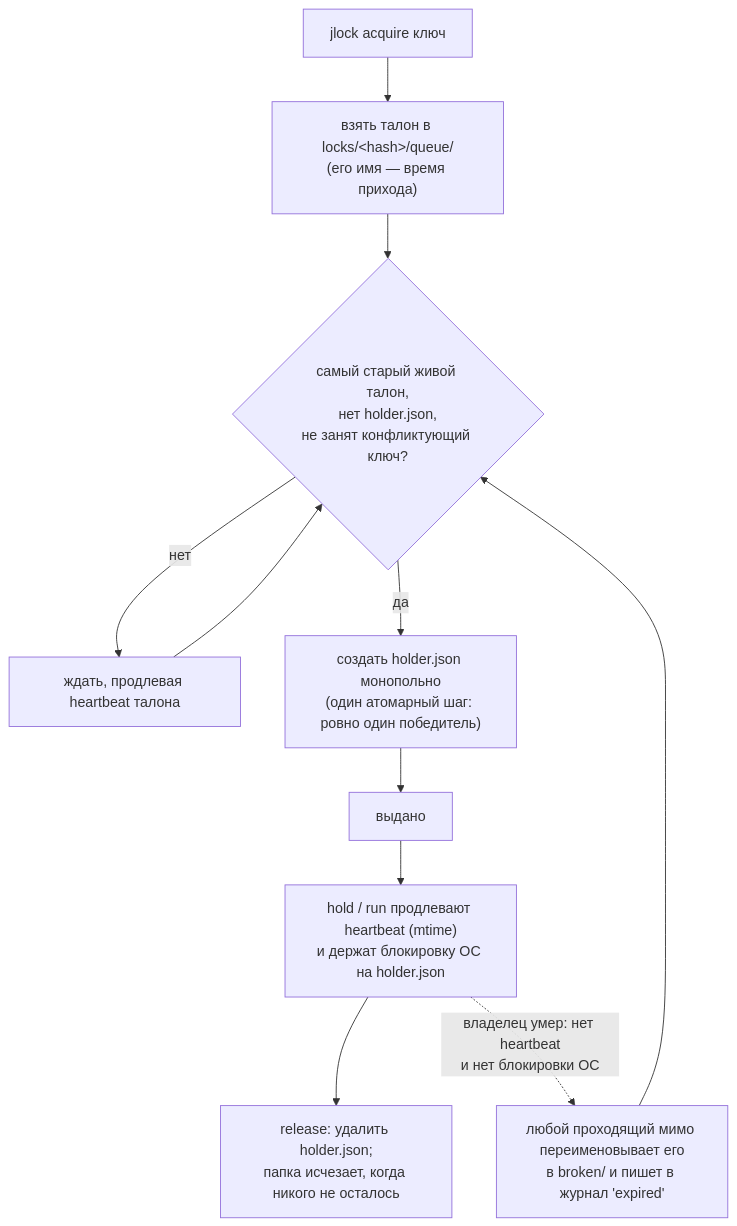
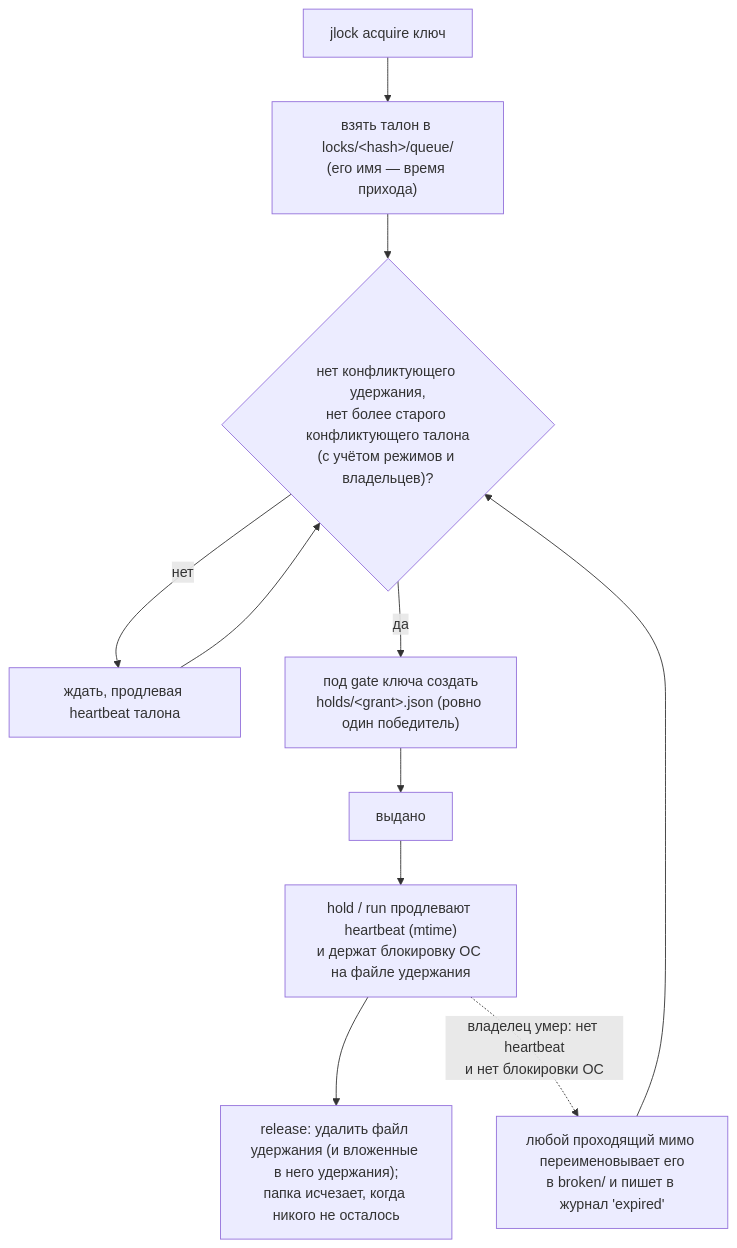
Before and after one commit to rodrigojager/jlock: the diagram in README.ru.md, drawn with Mermaid. The commit also changed other lines of this file and 10 other files, not shown here.

````diff
--- a/README.ru.md
+++ b/README.ru.md
@@ -219,12 +266,12 @@
 ```mermaid
 flowchart TD
     A["jlock acquire ключ"] --> B["взять талон в locks/&lt;hash&gt;/queue/<br/>(его имя — время прихода)"]
-    B --> C{"самый старый живой талон,<br/>нет holder.json,<br/>не занят конфликтующий ключ?"}
+    B --> C{"нет конфликтующего удержания,<br/>нет более старого конфликтующего талона<br/>(с учётом режимов и владельцев)?"}
     C -- нет --> W["ждать, продлевая heartbeat талона"] --> C
-    C -- да --> D["создать holder.json монопольно<br/>(один атомарный шаг: ровно один победитель)"]
+    C -- да --> D["под gate ключа создать<br/>holds/&lt;grant&gt;.json (ровно один победитель)"]
     D --> E["выдано"]
-    E --> H["hold / run продлевают heartbeat (mtime)<br/>и держат блокировку ОС на holder.json"]
-    H --> R["release: удалить holder.json;<br/>папка исчезает, когда никого не осталось"]
+    E --> H["hold / run продлевают heartbeat (mtime)<br/>и держат блокировку ОС на файле удержания"]
+    H --> R["release: удалить файл удержания (и вложенные в него удержания);<br/>папка исчезает, когда никого не осталось"]
     H -. "владелец умер: нет heartbeat<br/>и нет блокировки ОС" .-> X["любой проходящий мимо переименовывает его<br/>в broken/ и пишет в журнал 'expired'"]
     X --> C
 ```
````
